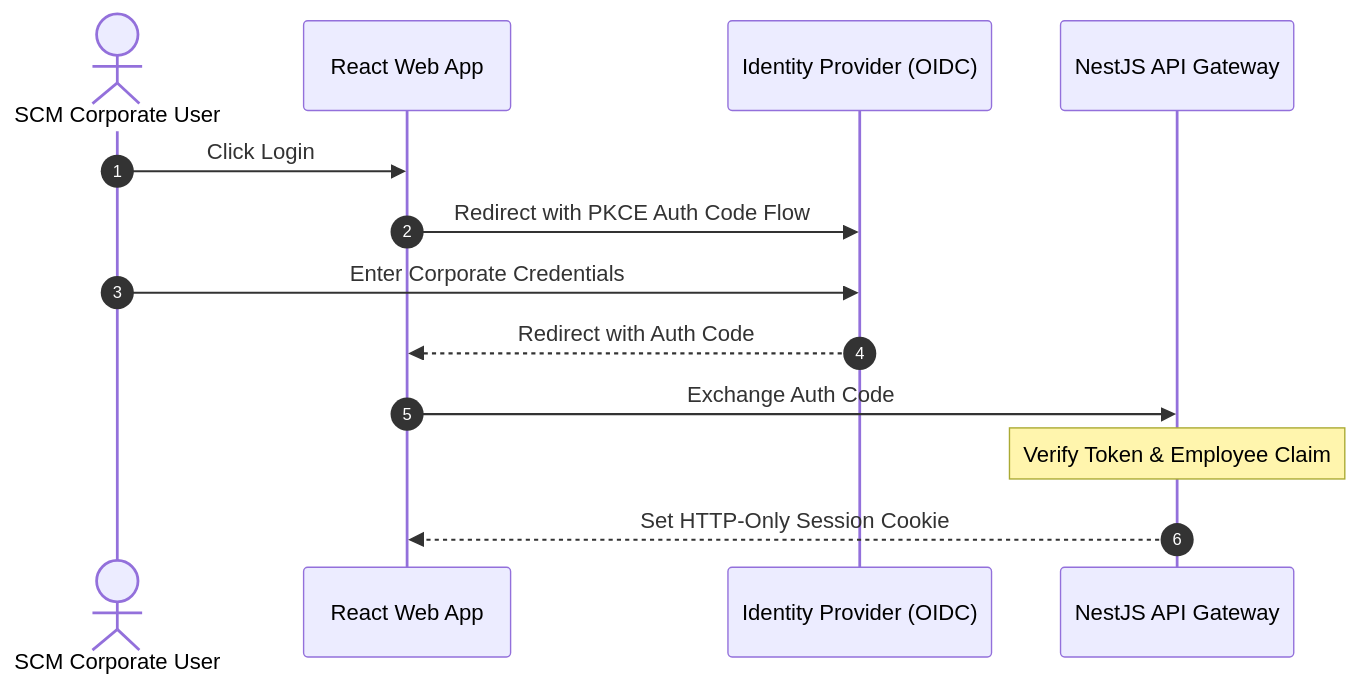
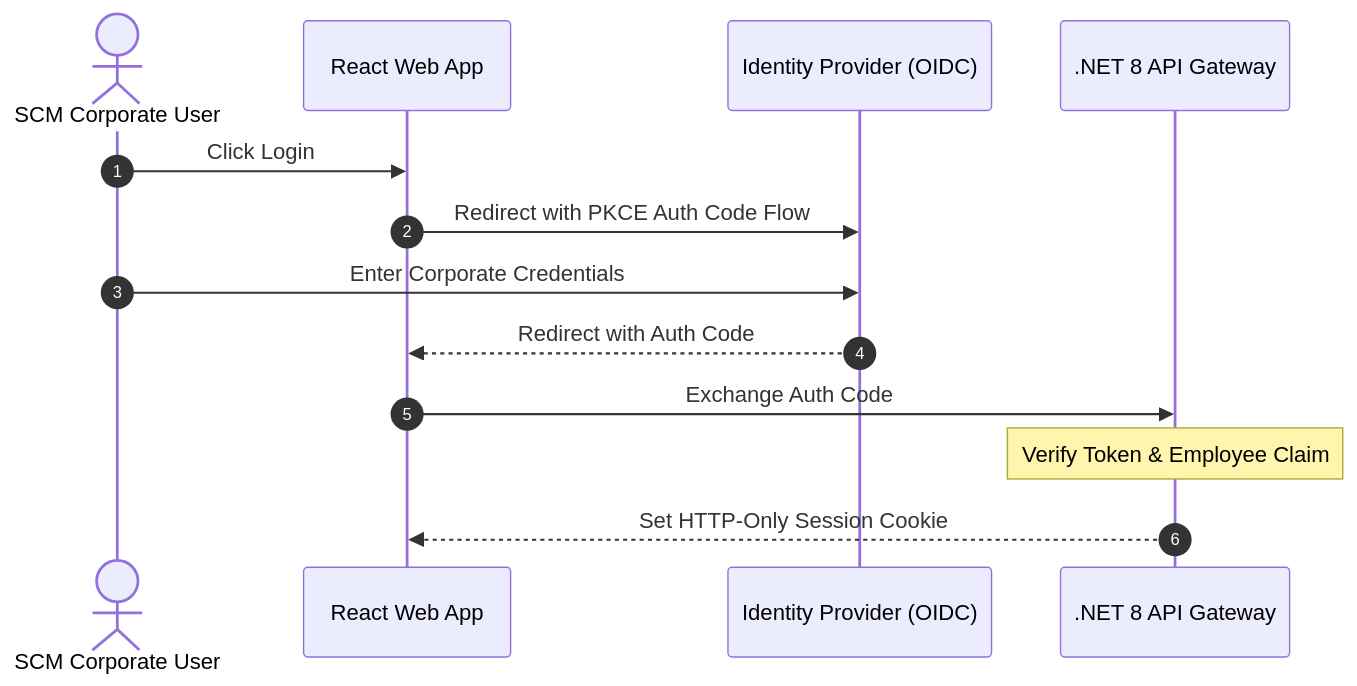
Before and after one commit to beyondnetcode/ums: the diagram in src/ums-workspace/docs/en/01-requirements/usecases/uc-01-user-authentication.md, drawn with Mermaid. The commit also changed 27 other files, not shown here.

````diff
--- a/src/ums-workspace/docs/en/01-requirements/usecases/uc-01-user-authentication.md
+++ b/src/ums-workspace/docs/en/01-requirements/usecases/uc-01-user-authentication.md
@@ -20,16 +20,16 @@
 ```mermaid
 sequenceDiagram
     autonumber
     actor User as SCM Corporate User
     participant Web as React Web App
     participant IdP as Identity Provider (OIDC)
-    participant API as NestJS API Gateway
+    participant API as .NET 8 API Gateway
 
     User->>Web: Click Login
     Web->>IdP: Redirect with PKCE Auth Code Flow
     User->>IdP: Enter Corporate Credentials
     IdP-->>Web: Redirect with Auth Code
     Web->>API: Exchange Auth Code
     Note over API: Verify Token & Employee Claim
     API-->>Web: Set HTTP-Only Session Cookie
 ```
````
